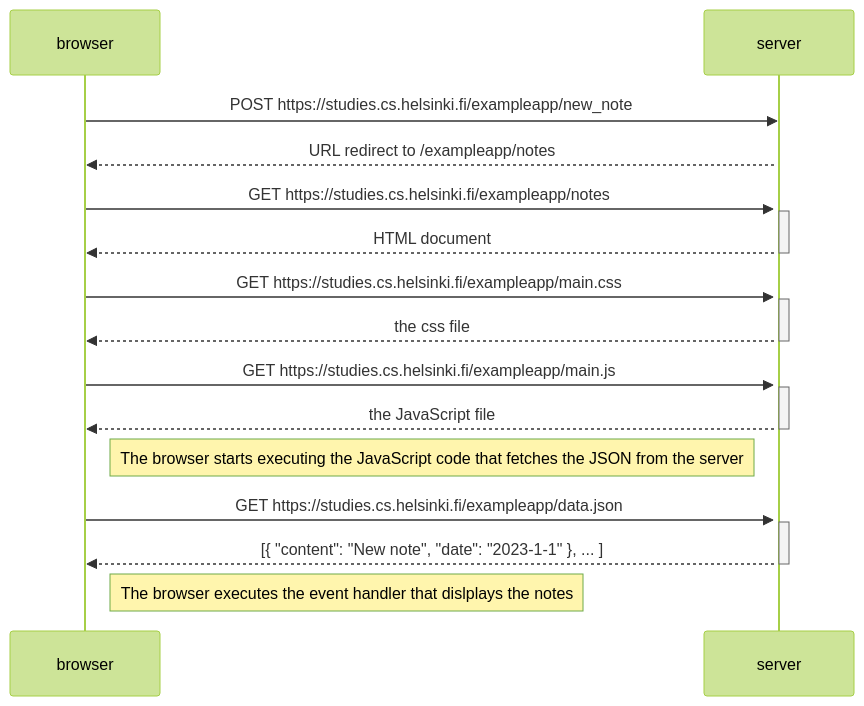
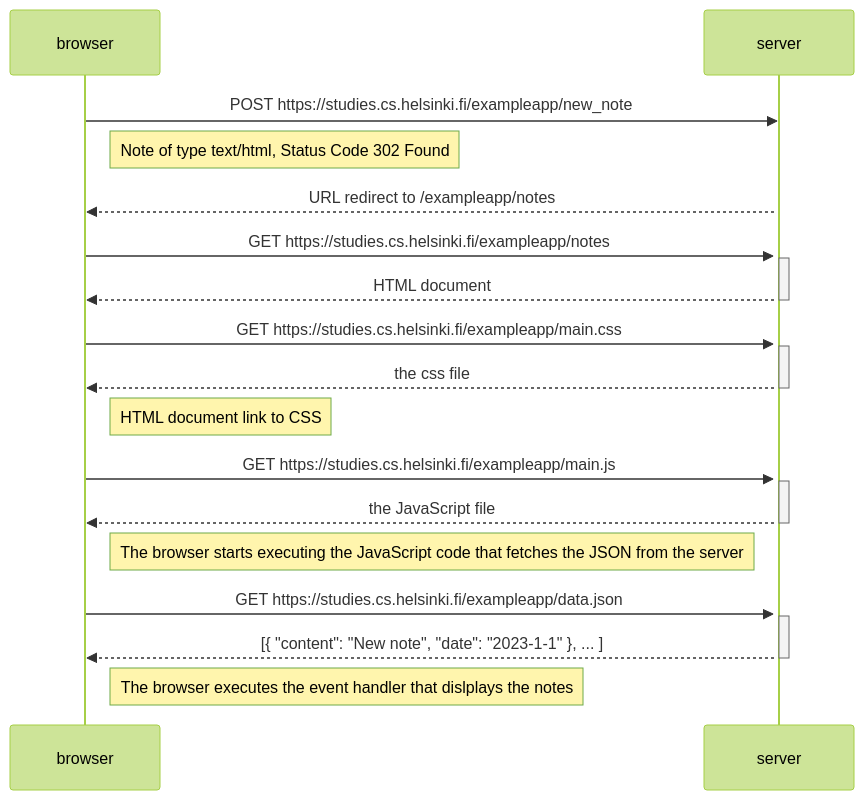
One commit to toadof/fso changed the diagram in part 0/new_note.md. Above: the diagram before and after it, drawn with Mermaid (forest theme).

````diff
--- a/part 0/new_note.md
+++ b/part 0/new_note.md
@@ -1,33 +1,35 @@
 ```mermaid
 sequenceDiagram
     participant browser
     participant server
 
     browser->>server: POST https://studies.cs.helsinki.fi/exampleapp/new_note
+     Note right of browser: Note of type text/html, Status Code 302 Found
     activate server
     server-->> browser: URL redirect to /exampleapp/notes
 
     browser->>server: GET https://studies.cs.helsinki.fi/exampleapp/notes
     activate server
     server-->>browser: HTML document
     deactivate server
-
+   
     browser->>server: GET https://studies.cs.helsinki.fi/exampleapp/main.css
     activate server
     server-->>browser: the css file
     deactivate server
+    Note right of browser: HTML document link to CSS
 
     browser->>server: GET https://studies.cs.helsinki.fi/exampleapp/main.js
     activate server
     server-->>browser: the JavaScript file
     deactivate server
 
     Note right of browser: The browser starts executing the JavaScript code that fetches the JSON from the server
 
     browser->>server: GET https://studies.cs.helsinki.fi/exampleapp/data.json
     activate server
     server-->>browser: [{ "content": "New note", "date": "2023-1-1" }, ... ]
     deactivate server
 
     Note right of browser: The browser executes the event handler that dislplays the notes
 ```
````
